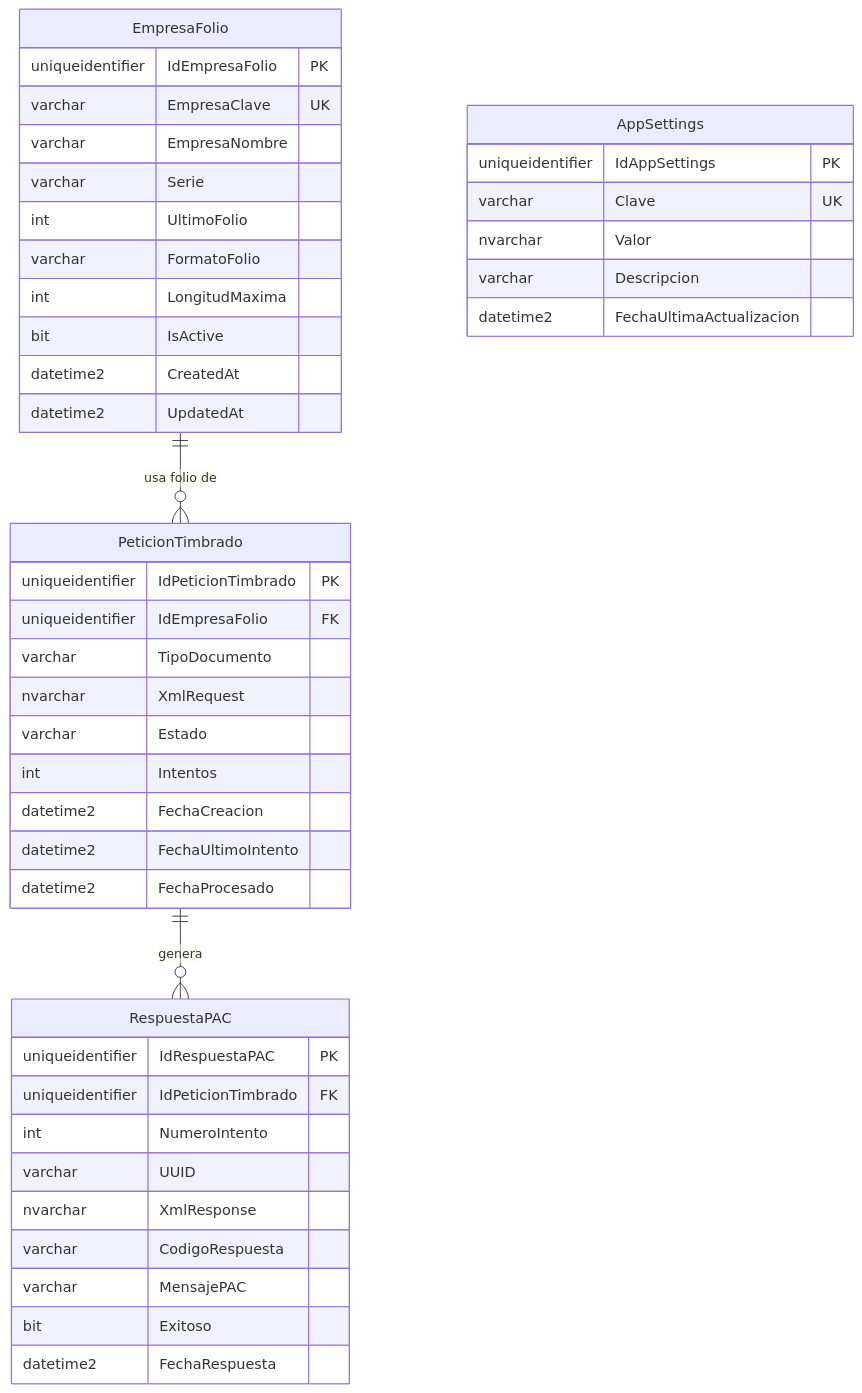
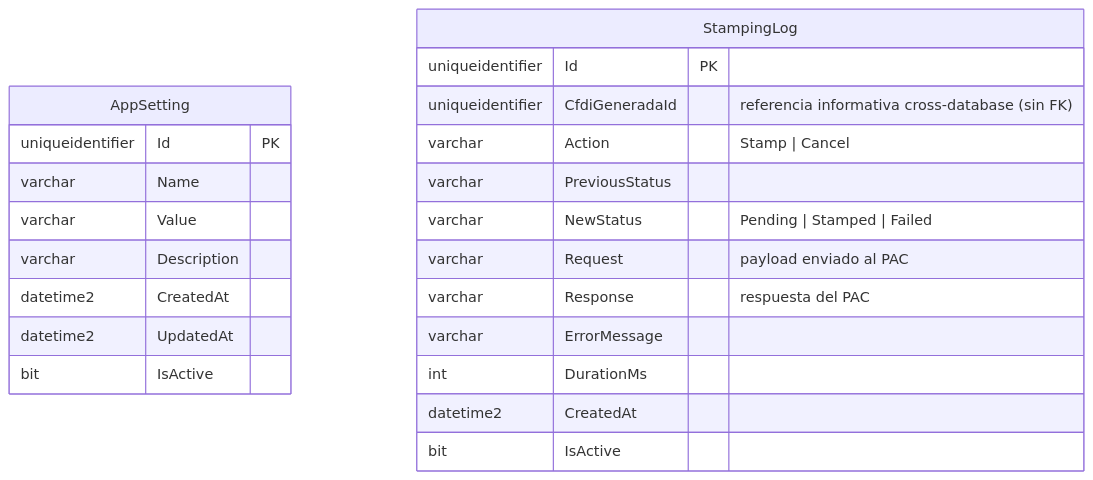
One commit to JuanGarciaRyndem/R16-Documentacion changed the diagram in Database/ER-Timbrado.md. Above: the diagram before and after it, drawn with Mermaid. The commit also changed other lines of this file and 32 other files, not shown here.

````diff
--- a/Database/ER-Timbrado.md
+++ b/Database/ER-Timbrado.md
@@ -5,46 +7,25 @@
 ```mermaid
 erDiagram
-    EmpresaFolio {
-        uniqueidentifier IdEmpresaFolio PK
-        varchar EmpresaClave UK
-        varchar EmpresaNombre
-        varchar Serie
-        int UltimoFolio
-        varchar FormatoFolio
-        int LongitudMaxima
-        bit IsActive
+    AppSetting {
+        uniqueidentifier Id PK
+        varchar Name
+        varchar Value
+        varchar Description
         datetime2 CreatedAt
         datetime2 UpdatedAt
+        bit IsActive
     }
-    AppSettings {
-        uniqueidentifier IdAppSettings PK
-        varchar Clave UK
-        nvarchar Valor
-        varchar Descripcion
-        datetime2 FechaUltimaActualizacion
+    StampingLog {
+        uniqueidentifier Id PK
+        uniqueidentifier CfdiGeneradaId "referencia informativa cross-database (sin FK)"
+        varchar Action "Stamp | Cancel"
+        varchar PreviousStatus
+        varchar NewStatus "Pending | Stamped | Failed"
+        varchar Request "payload enviado al PAC"
+        varchar Response "respuesta del PAC"
+        varchar ErrorMessage
+        int DurationMs
+        datetime2 CreatedAt
+        bit IsActive
     }
-    PeticionTimbrado {
-        uniqueidentifier IdPeticionTimbrado PK
-        uniqueidentifier IdEmpresaFolio FK
-        varchar TipoDocumento
-        nvarchar XmlRequest
-        varchar Estado
-        int Intentos
-        datetime2 FechaCreacion
-        datetime2 FechaUltimoIntento
-        datetime2 FechaProcesado
-    }
-    RespuestaPAC {
-        uniqueidentifier IdRespuestaPAC PK
-        uniqueidentifier IdPeticionTimbrado FK
-        int NumeroIntento
-        varchar UUID
-        nvarchar XmlResponse
-        varchar CodigoRespuesta
-        varchar MensajePAC
-        bit Exitoso
-        datetime2 FechaRespuesta
-    }
-    EmpresaFolio ||--o{ PeticionTimbrado : "usa folio de"
-    PeticionTimbrado ||--o{ RespuestaPAC : "genera"
 ```
````
